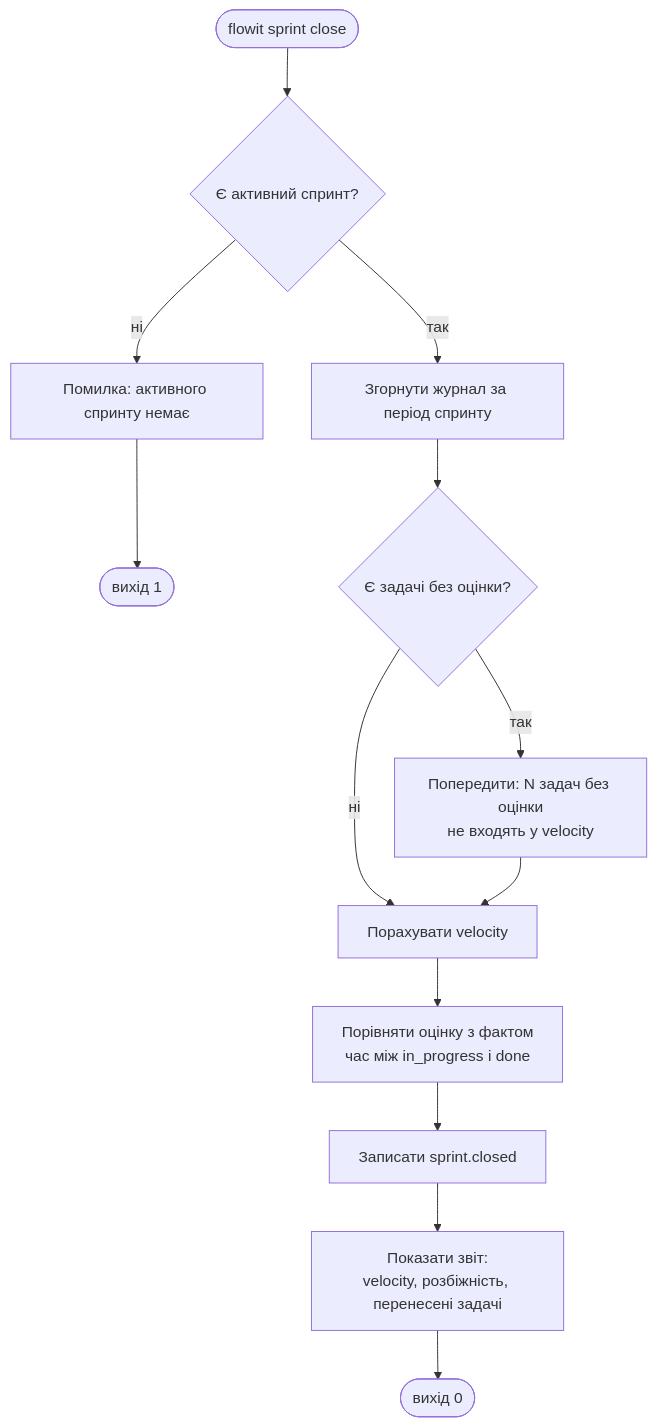
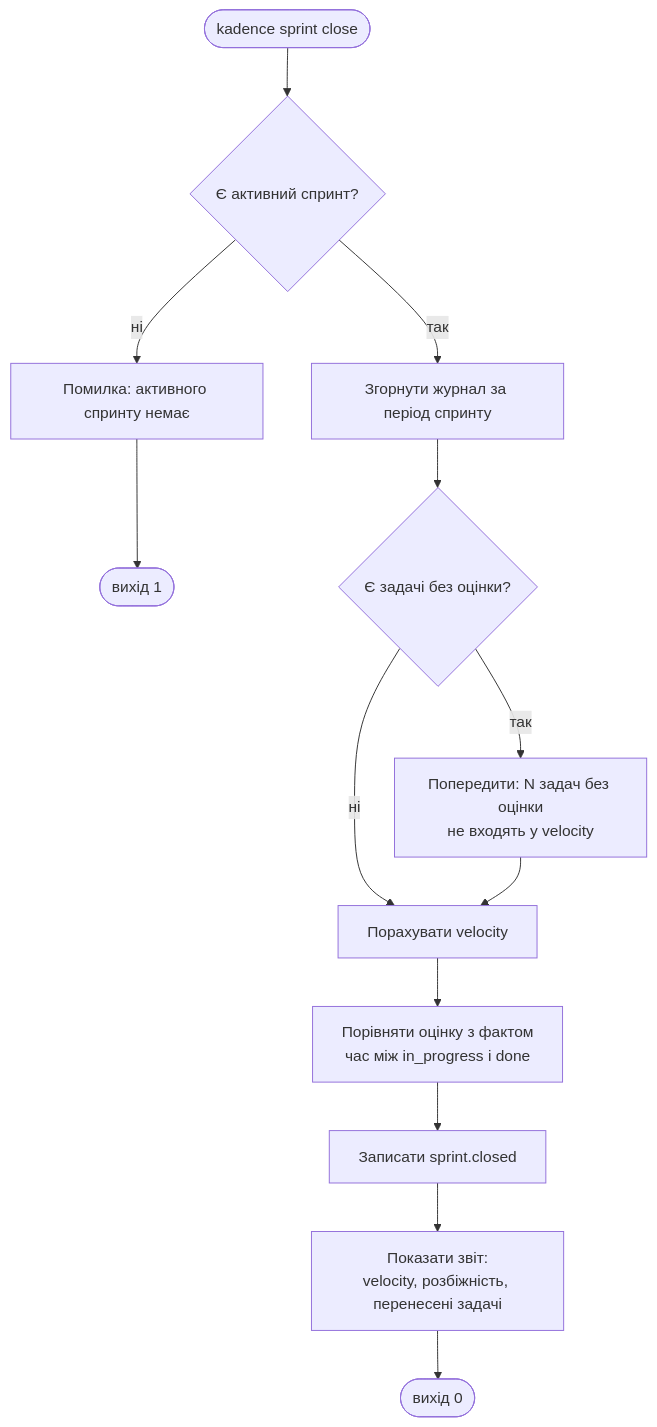
Before and after one commit to bogutskiandriy/kadence: the fifth of 5 diagrams in docs/design/user-flows.md, drawn with Mermaid. The commit also changed other lines of this file and 64 other files, not shown here.

````diff
--- a/docs/design/user-flows.md
+++ b/docs/design/user-flows.md
@@ -97,14 +97,14 @@
 ```mermaid
 flowchart TD
-    A([flowit sprint close]) --> B{Є активний спринт?}
+    A([kadence sprint close]) --> B{Є активний спринт?}
     B -- ні --> B1[Помилка: активного спринту немає] --> Z([вихід 1])
     B -- так --> C[Згорнути журнал за період спринту]
     C --> D{Є задачі без оцінки?}
     D -- так --> D1[Попередити: N задач без оцінки<br/>не входять у velocity]
     D -- ні --> E[Порахувати velocity]
     D1 --> E
     E --> F[Порівняти оцінку з фактом<br/>час між in_progress і done]
     F --> G[Записати sprint.closed]
     G --> H[Показати звіт:<br/>velocity, розбіжність, перенесені задачі]
     H --> Z2([вихід 0])
 ```
````
